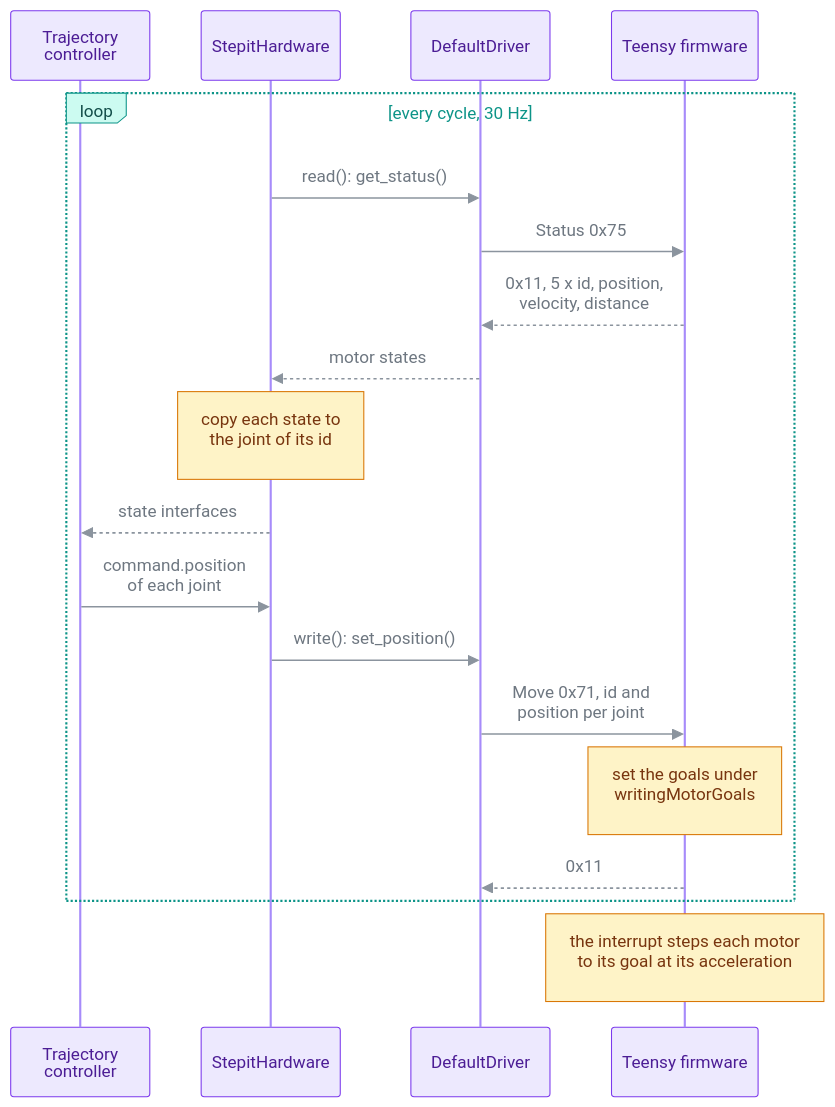
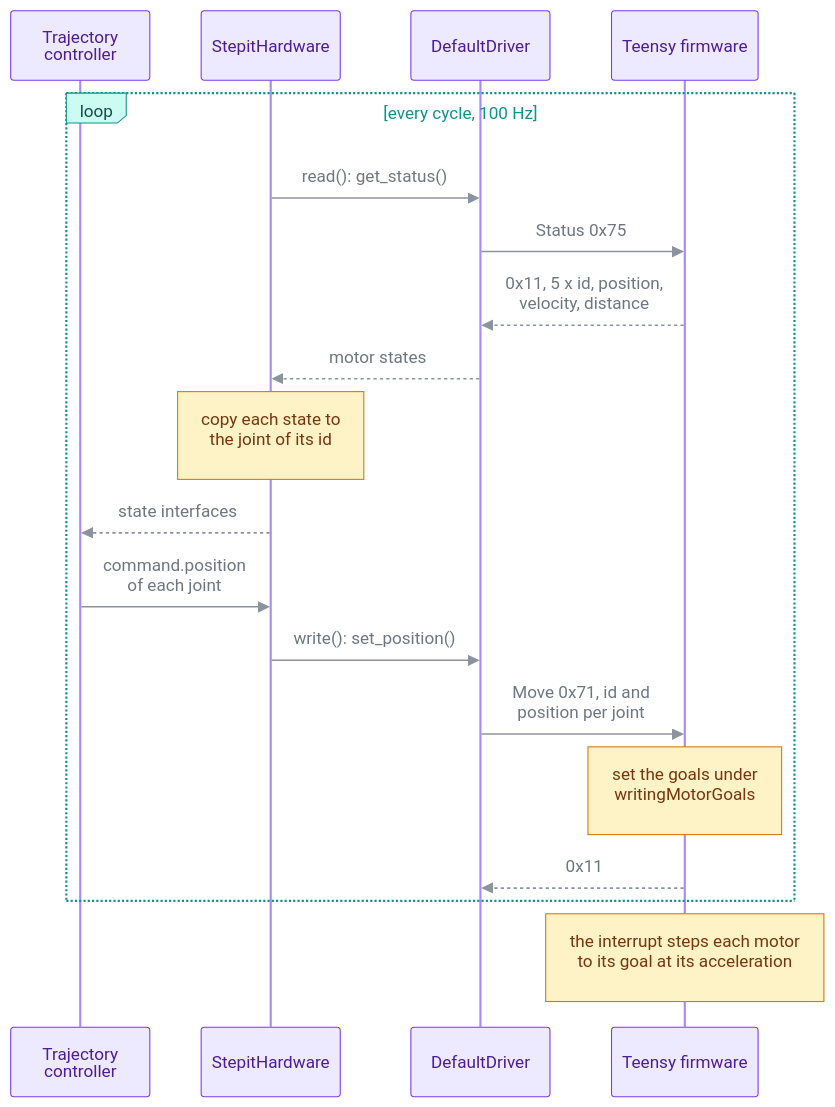
One commit to kineticsystem/stepit-motors changed the diagram in docs/diagrams/trajectory-cycle.mmd. Above: the diagram before and after it, drawn with Mermaid. The commit also changed 6 other files, not shown here.

```diff
--- a/docs/diagrams/trajectory-cycle.mmd
+++ b/docs/diagrams/trajectory-cycle.mmd
@@ -1,67 +1,67 @@
 ---
 config:
   theme: base
   fontFamily: "Arial, Helvetica, sans-serif"
   sequence:
     actorMargin: 24
     width: 130
     diagramMarginX: 10
     boxMargin: 12
     boxTextMargin: 8
     messageMargin: 40
     noteMargin: 22
     labelBoxWidth: 56
     labelBoxHeight: 28
     messageFontSize: 16
     actorFontSize: 16
     noteFontSize: 15
     wrap: false
   themeVariables:
     textColor: "#8b5cf6"
     actorBkg: "#ede9fe"
     actorBorder: "#7c3aed"
     actorTextColor: "#4c1d95"
     actorLineColor: "#a78bfa"
     signalColor: "#8b949e"
     signalTextColor: "#6e7781"
     labelBoxBkgColor: "#ccfbf1"
     labelBoxBorderColor: "#0d9488"
     labelTextColor: "#134e4a"
     loopTextColor: "#0d9488"
     noteBkgColor: "#fef3c7"
     noteBorderColor: "#d97706"
     noteTextColor: "#78350f"
     activationBkgColor: "#c4b5fd"
     activationBorderColor: "#7c3aed"
     mainBkg: "#ede9fe"
     nodeBorder: "#7c3aed"
     secondaryColor: "#ede9fe"
     secondaryBorderColor: "#7c3aed"
     secondaryTextColor: "#4c1d95"
     tertiaryColor: "#ede9fe"
     tertiaryBorderColor: "#7c3aed"
     tertiaryTextColor: "#4c1d95"
   themeCSS: >
     svg, .label, .nodeLabel, .edgeLabel, foreignObject div { font-family: Arial, Helvetica, sans-serif; }
     .actor { filter: drop-shadow(0 3px 6px rgba(15, 23, 42, 0.18)); }
     rect.actor { rx: 12px; ry: 12px; }
 ---
 sequenceDiagram
     participant JTC as Trajectory<br/>controller
     participant HW as StepitHardware
     participant Drv as DefaultDriver
     participant MCU as Teensy firmware
-    loop every cycle, 30 Hz
+    loop every cycle, 100 Hz
         HW->>Drv: read(): get_status()
         Drv->>MCU: Status 0x75
         MCU-->>Drv: 0x11, 5 x id, position,<br/>velocity, distance
         Drv-->>HW: motor states
         Note over HW: copy each state to<br/>the joint of its id
         HW-->>JTC: state interfaces
         JTC->>HW: command.position<br/>of each joint
         HW->>Drv: write(): set_position()
         Drv->>MCU: Move 0x71, id and<br/>position per joint
         Note over MCU: set the goals under<br/>writingMotorGoals
         MCU-->>Drv: 0x11
     end
     Note over MCU: the interrupt steps each motor<br/>to its goal at its acceleration
```
